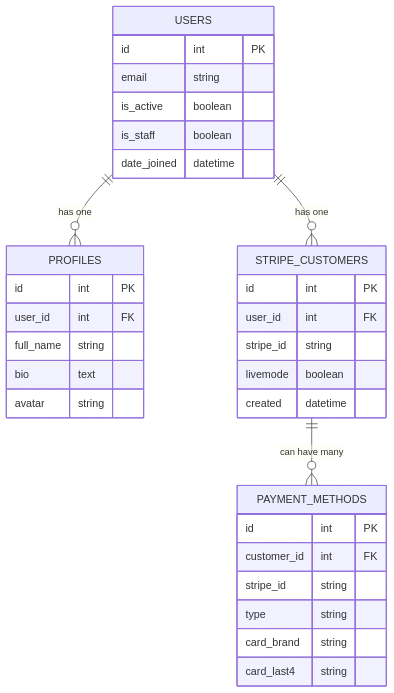
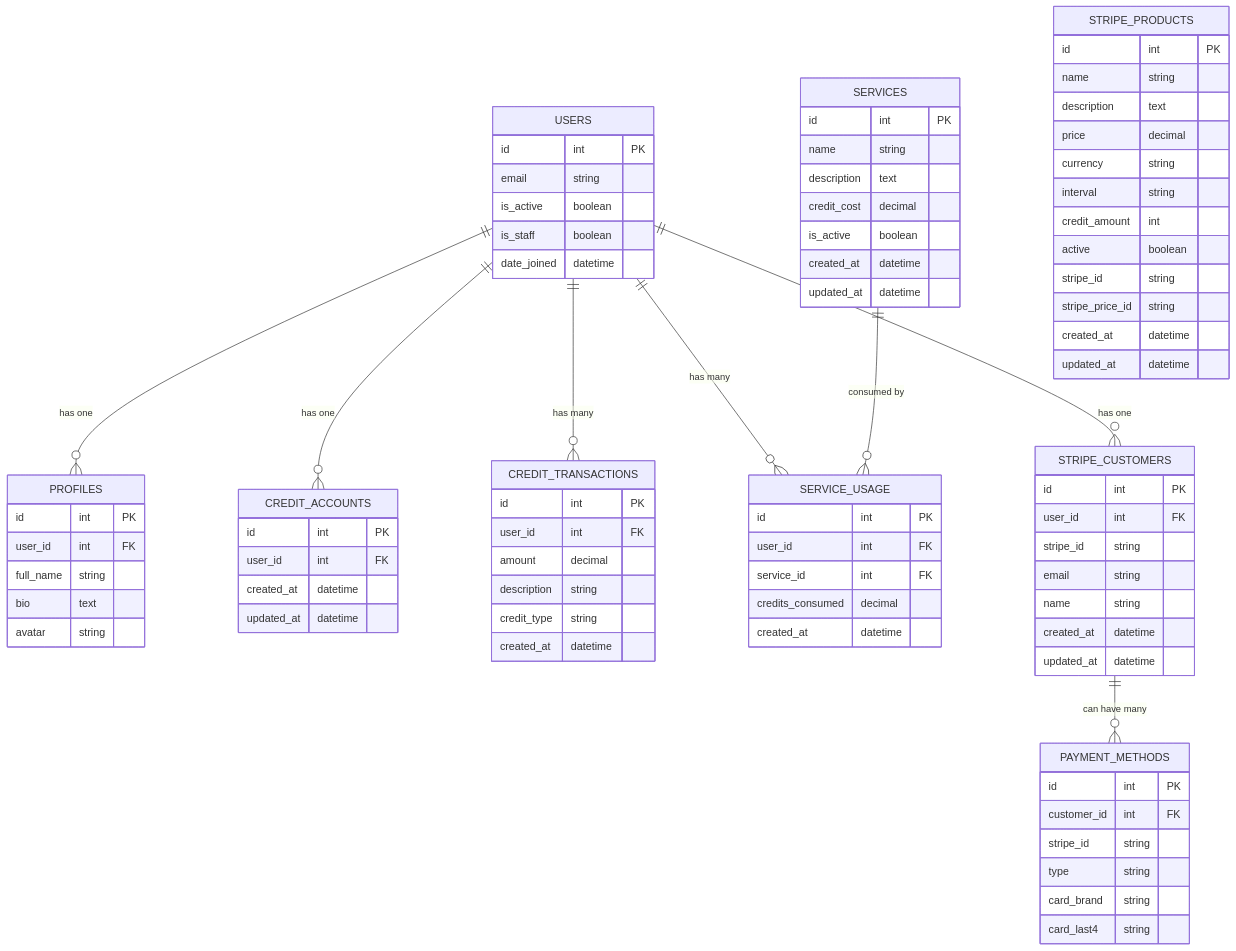
Before and after one commit to Experto-AI/quickscale: the seventh of 7 diagrams in TECHNICAL_DOCS.md, drawn with Mermaid. The commit also changed other lines of this file and 53 other files, not shown here.

````diff
--- a/TECHNICAL_DOCS.md
+++ b/TECHNICAL_DOCS.md
@@ -554,12 +586,65 @@
         avatar string
     }
     
+    %% Credit System Entities
+    CREDIT_ACCOUNTS {
+        id int PK
+        user_id int FK
+        created_at datetime
+        updated_at datetime
+    }
+    
+    CREDIT_TRANSACTIONS {
+        id int PK
+        user_id int FK
+        amount decimal
+        description string
+        credit_type string
+        created_at datetime
+    }
+    
+    SERVICES {
+        id int PK
+        name string
+        description text
+        credit_cost decimal
+        is_active boolean
+        created_at datetime
+        updated_at datetime
+    }
+    
+    SERVICE_USAGE {
+        id int PK
+        user_id int FK
+        service_id int FK
+        credits_consumed decimal
+        created_at datetime
+    }
+    
+    %% Stripe Integration Entities
     STRIPE_CUSTOMERS {
         id int PK
         user_id int FK
         stripe_id string
-        livemode boolean
-        created datetime
+        email string
+        name string
+        created_at datetime
+        updated_at datetime
+    }
+    
+    STRIPE_PRODUCTS {
+        id int PK
+        name string
+        description text
+        price decimal
+        currency string
+        interval string
+        credit_amount int
+        active boolean
+        stripe_id string
+        stripe_price_id string
+        created_at datetime
+        updated_at datetime
     }
     
     PAYMENT_METHODS {
@@ -573,6 +658,10 @@
     
     %% Entity relationships - arranged for better vertical flow
     USERS ||--o{ PROFILES : "has one"
+    USERS ||--o{ CREDIT_ACCOUNTS : "has one"
+    USERS ||--o{ CREDIT_TRANSACTIONS : "has many"
+    USERS ||--o{ SERVICE_USAGE : "has many"
     USERS ||--o{ STRIPE_CUSTOMERS : "has one"
+    SERVICES ||--o{ SERVICE_USAGE : "consumed by"
     STRIPE_CUSTOMERS ||--o{ PAYMENT_METHODS : "can have many"
 ```
````
